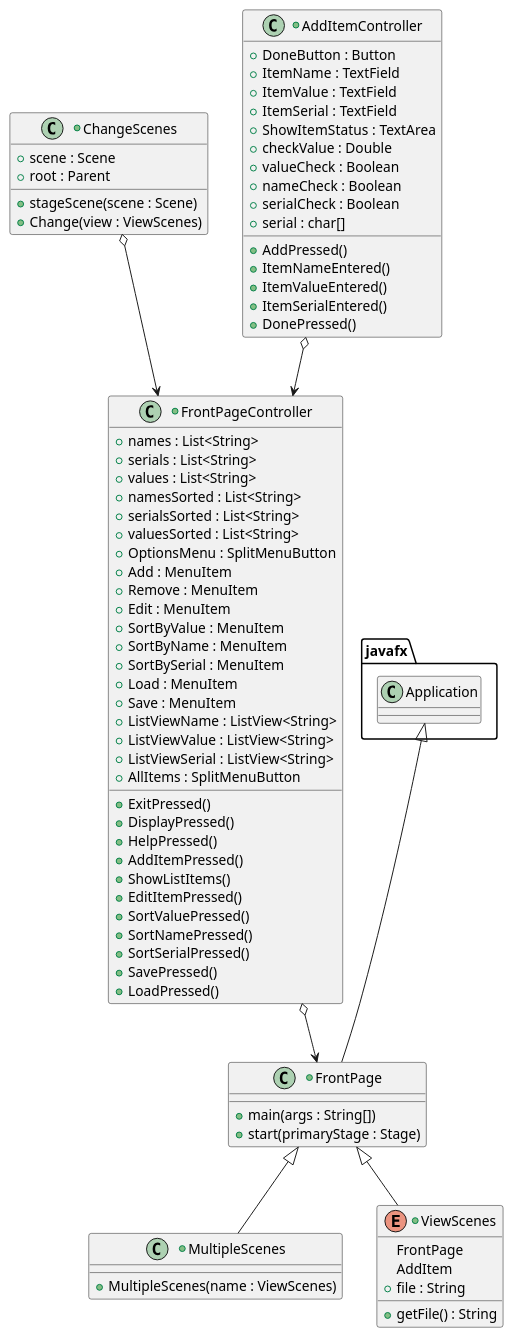
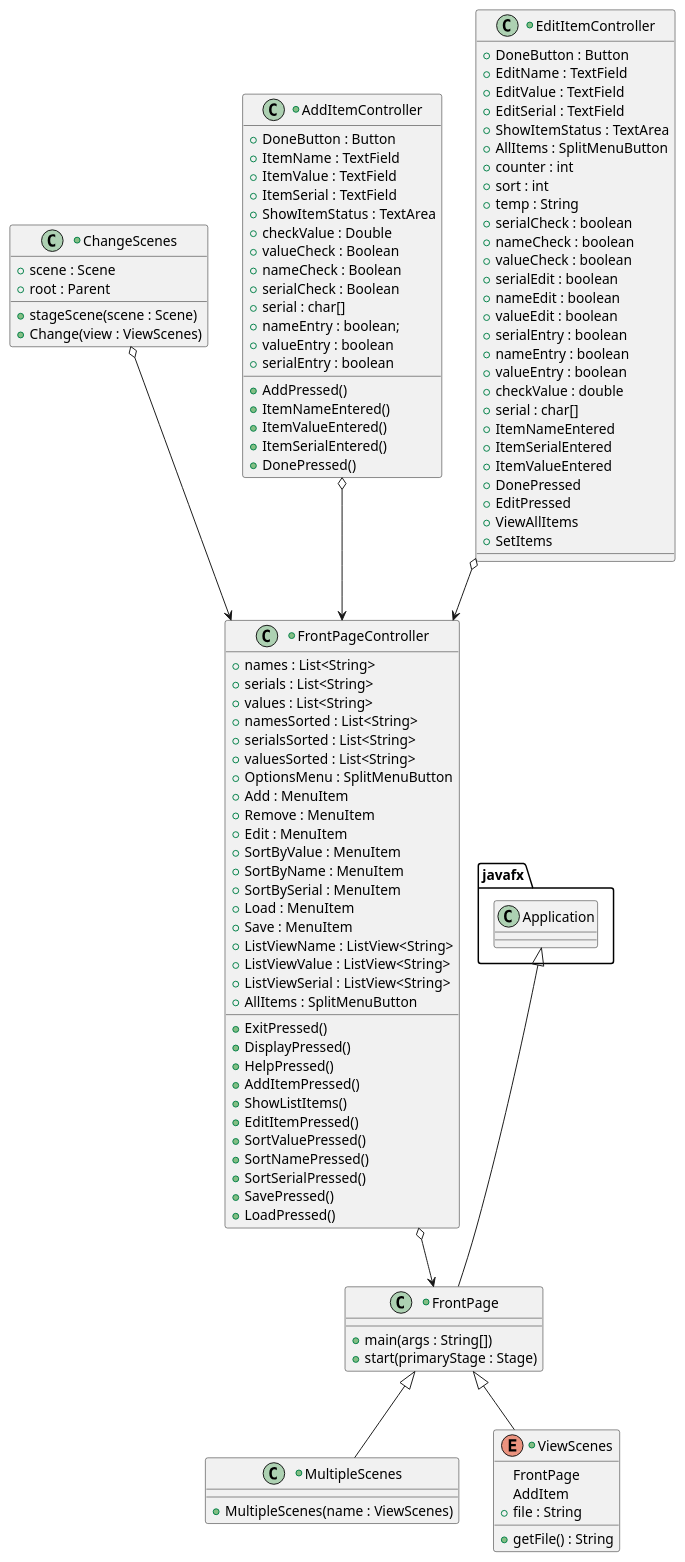
One commit to Elizene9/Database-Application changed the diagram in UMLFiles/ProjectUML.puml. Above: the diagram before and after it, drawn with PlantUML. The commit also changed 6 other files, not shown here.

Commit message:
Items can now be edited in separate window; sort has been updated properly

```diff
--- a/UMLFiles/ProjectUML.puml
+++ b/UMLFiles/ProjectUML.puml
@@ -1,89 +1,124 @@
 @startuml
 'https://plantuml.com/class-diagram
 
 +class FrontPage {
     +main(args : String[])
     +start(primaryStage : Stage)
 
 }
 
 +class FrontPageController {
 
     +names : List<String>
     +serials : List<String>
     +values : List<String>
     +namesSorted : List<String>
     +serialsSorted : List<String>
     +valuesSorted : List<String>
     +OptionsMenu : SplitMenuButton
     +Add : MenuItem
     +Remove : MenuItem
     +Edit : MenuItem
     +SortByValue : MenuItem
     +SortByName : MenuItem
     +SortBySerial : MenuItem
     +Load : MenuItem
     +Save : MenuItem
     +ListViewName : ListView<String>
     +ListViewValue : ListView<String>
     +ListViewSerial : ListView<String>
     +AllItems : SplitMenuButton
     +ExitPressed()
     +DisplayPressed()
     +HelpPressed()
     +AddItemPressed()
     +ShowListItems()
     +EditItemPressed()
     +SortValuePressed()
     +SortNamePressed()
     +SortSerialPressed()
     +SavePressed()
     +LoadPressed()
 }
 
 +class MultipleScenes {
      +MultipleScenes(name : ViewScenes)
 }
 
 +enum ViewScenes{
     FrontPage
     AddItem
     +file : String
     +getFile() : String
 }
 
 +class ChangeScenes {
     +scene : Scene
     +root : Parent
     +stageScene(scene : Scene)
     +Change(view : ViewScenes)
 }
 
 +class AddItemController {
 
     +DoneButton : Button
     +ItemName : TextField
     +ItemValue : TextField
     +ItemSerial : TextField
     +ShowItemStatus : TextArea
     +checkValue : Double
     +valueCheck : Boolean
     +nameCheck : Boolean
     +serialCheck : Boolean
     +serial : char[]
     +AddPressed()
     +ItemNameEntered()
     +ItemValueEntered()
     +ItemSerialEntered()
     +DonePressed()
+    +nameEntry : boolean;
+    +valueEntry : boolean
+    +serialEntry : boolean
+}
+
++class EditItemController {
+
+    +DoneButton : Button
+    +EditName : TextField
+    +EditValue : TextField
+    +EditSerial : TextField
+    +ShowItemStatus : TextArea
+    +AllItems : SplitMenuButton
+    +counter : int
+    +sort : int
+    +temp : String
+    +serialCheck : boolean
+    +nameCheck : boolean
+    +valueCheck : boolean
+    +serialEdit : boolean
+    +nameEdit : boolean
+    +valueEdit : boolean
+    +serialEntry : boolean
+    +nameEntry : boolean
+    +valueEntry : boolean
+    +checkValue : double
+    +serial : char[]
+    +ItemNameEntered
+    +ItemSerialEntered
+    +ItemValueEntered
+    +DonePressed
+    +EditPressed
+    +ViewAllItems
+    +SetItems
 }
 javafx.Application <|-- FrontPage
 FrontPageController o--> FrontPage
+EditItemController o--> FrontPageController
 AddItemController o--> FrontPageController
 FrontPage <|-- MultipleScenes
 ChangeScenes o--> FrontPageController
 FrontPage <|-- ViewScenes
 
 
 
 @enduml
```
